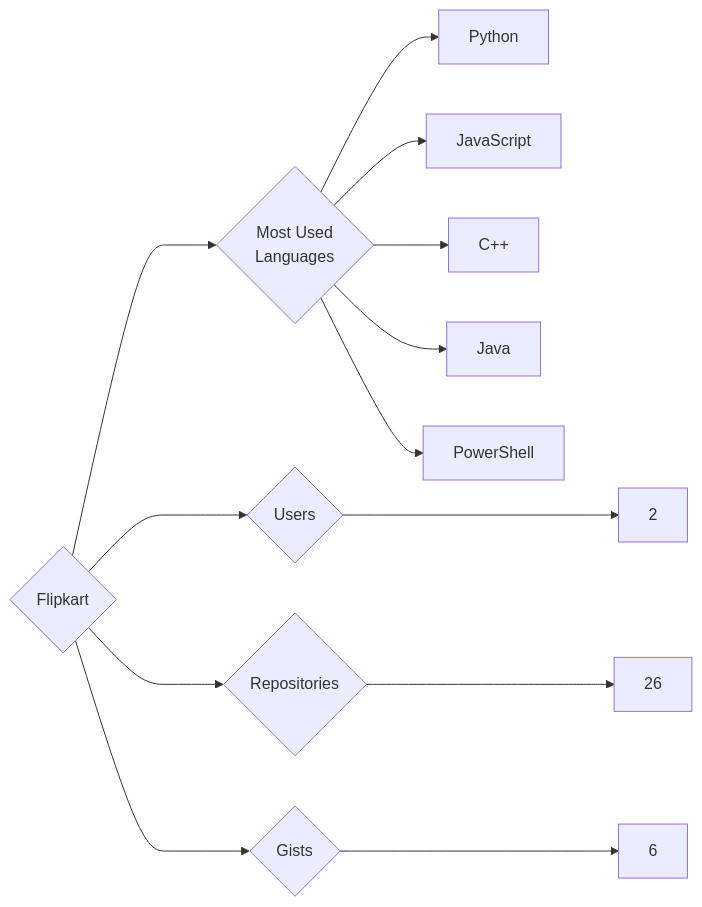
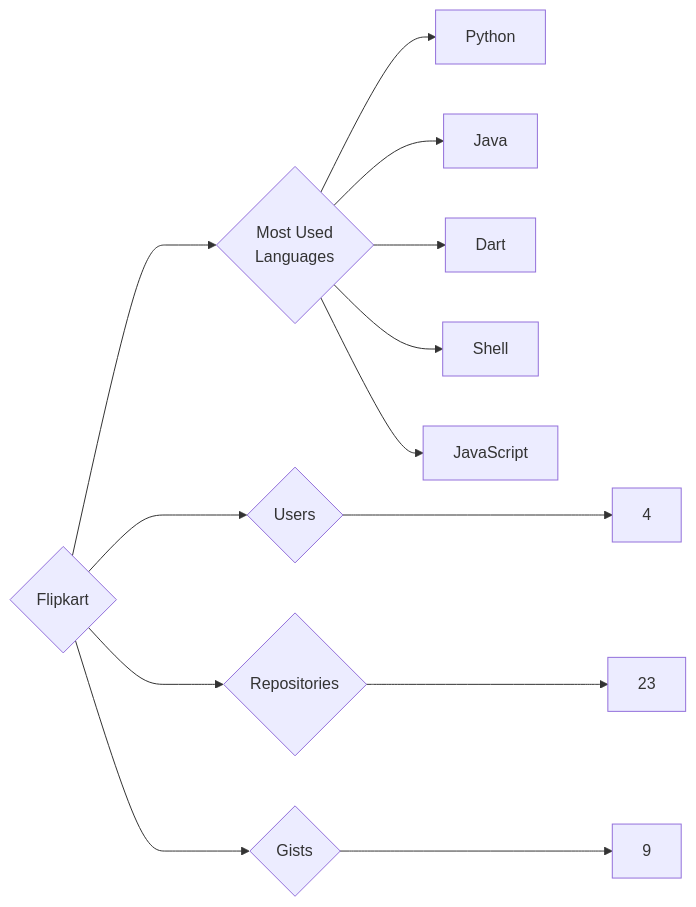
One commit to trickest/insiders changed the diagram in targets/Flipkart/README.md. Above: the diagram before and after it, drawn with Mermaid. The commit also changed 823 other files, not shown here.

````diff
--- a/targets/Flipkart/README.md
+++ b/targets/Flipkart/README.md
@@ -3,13 +3,13 @@
 ```mermaid
 graph LR
 COMPANY_NAME{Flipkart}
-COMPANY_NAME ---> U{Users} ---> UN[2]
-COMPANY_NAME ---> R{Repositories} ---> RN[26]
-COMPANY_NAME ---> G{Gists} ---> GN[6]
+COMPANY_NAME ---> U{Users} ---> UN[4]
+COMPANY_NAME ---> R{Repositories} ---> RN[23]
+COMPANY_NAME ---> G{Gists} ---> GN[9]
 COMPANY_NAME ---> ML{Most Used<br>Languages}
 ML --> Python[Python]
+ML --> Java[Java]
+ML --> Dart[Dart]
+ML --> Shell[Shell]
 ML --> JavaScript[JavaScript]
-ML --> C++[C++]
-ML --> Java[Java]
-ML --> PowerShell[PowerShell]
 ```
````
